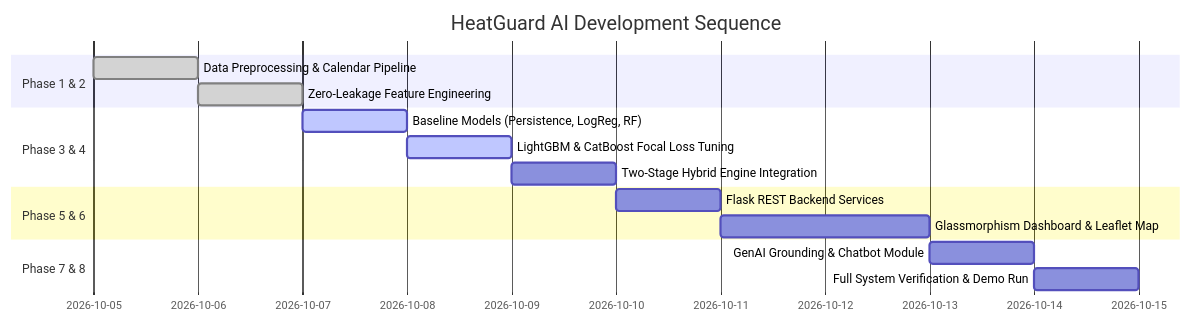
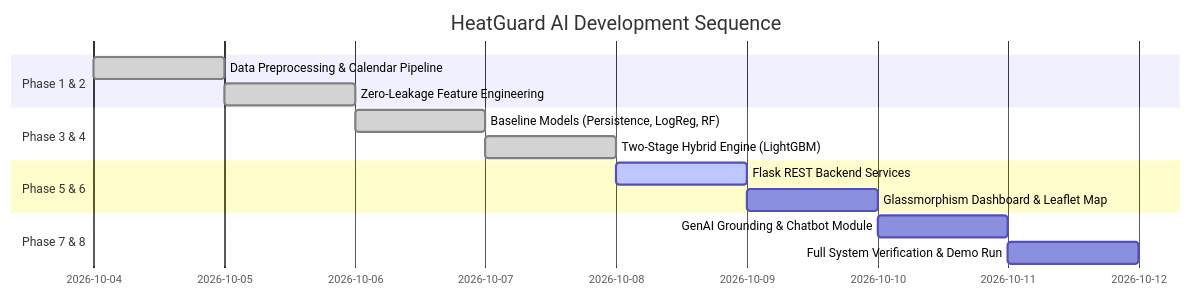
The fifth of 5 diagrams in HeatGuard_AI_Implementation_Plan_Dataset_Specific.md (anvitac7/HeatGuard-AI), drawn with Mermaid before and after one commit. The commit also changed other lines of this file and 21 other files, not shown here.

````diff
--- a/HeatGuard_AI_Implementation_Plan_Dataset_Specific.md
+++ b/HeatGuard_AI_Implementation_Plan_Dataset_Specific.md
@@ -468,18 +490,17 @@
 ```mermaid
 gantt
     title HeatGuard AI Development Sequence
     dateFormat  YYYY-MM-DD
     section Phase 1 & 2
-    Data Preprocessing & Calendar Pipeline :done, p1, 2026-10-05, 1d
+    Data Preprocessing & Calendar Pipeline :done, p1, 2026-10-04, 1d
     Zero-Leakage Feature Engineering        :done, p2, after p1, 1d
     section Phase 3 & 4
-    Baseline Models (Persistence, LogReg, RF) :active, p3, after p2, 1d
-    LightGBM & CatBoost Focal Loss Tuning   :active, p4, after p3, 1d
-    Two-Stage Hybrid Engine Integration      :p5, after p4, 1d
+    Baseline Models (Persistence, LogReg, RF) :done, p3, after p2, 1d
+    Two-Stage Hybrid Engine (LightGBM)       :done, p4, after p3, 1d
     section Phase 5 & 6
-    Flask REST Backend Services              :p6, after p5, 1d
-    Glassmorphism Dashboard & Leaflet Map   :p7, after p6, 2d
+    Flask REST Backend Services              :active, p5, after p4, 1d
+    Glassmorphism Dashboard & Leaflet Map   :p6, after p5, 1d
     section Phase 7 & 8
-    GenAI Grounding & Chatbot Module        :p8, after p7, 1d
-    Full System Verification & Demo Run     :p9, after p8, 1d
+    GenAI Grounding & Chatbot Module        :p7, after p6, 1d
+    Full System Verification & Demo Run     :p8, after p7, 1d
 ```
````
